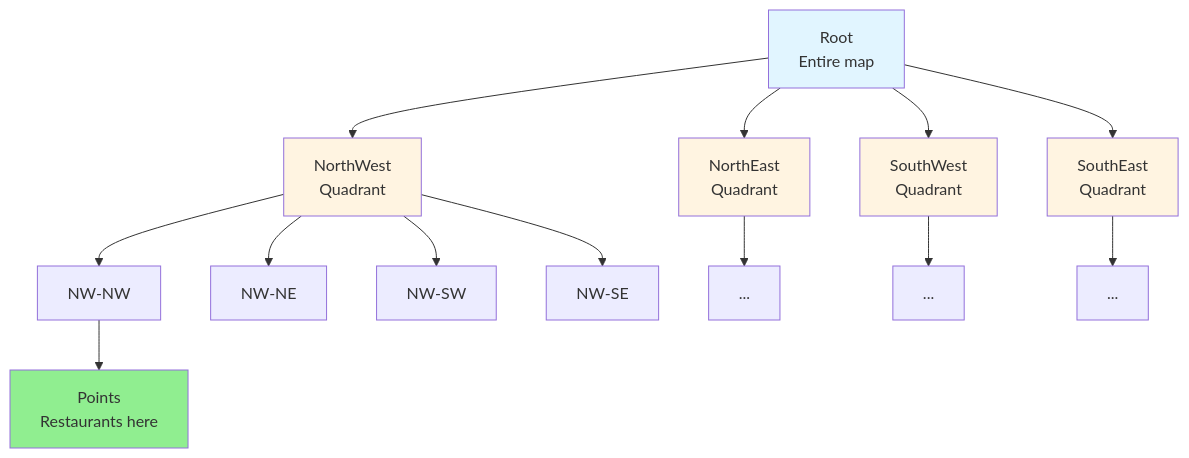
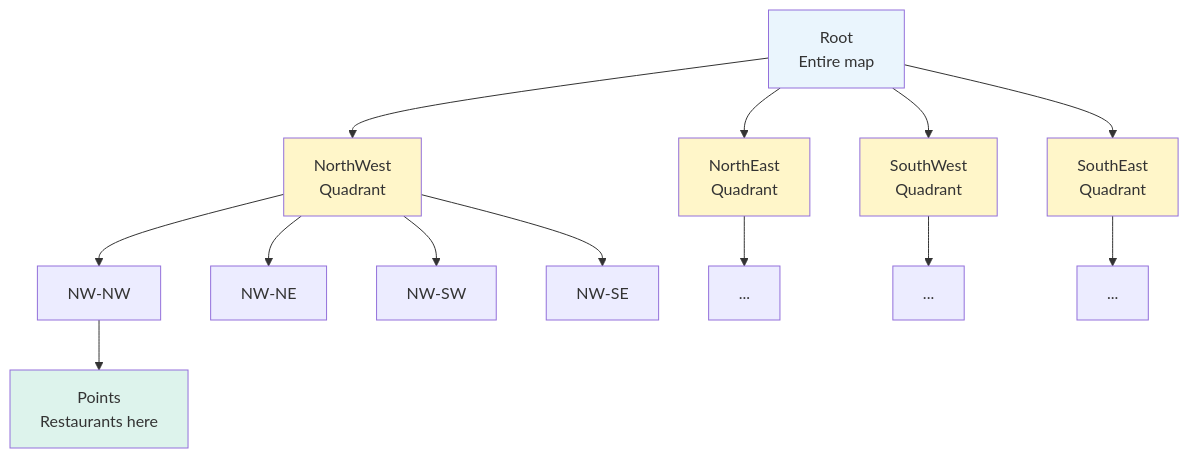
One commit to cartmancodes/InterviewVault changed diagram 20 of 34 in LLD/CoreConcepts/DataIndexing.md. Above: the diagram before and after it, drawn with Mermaid. The commit also changed other lines of this file and 679 other files, not shown here.

Commit message:
Unify content diagrams and add accessible visual walkthroughs

````diff
--- a/LLD/CoreConcepts/DataIndexing.md
+++ b/LLD/CoreConcepts/DataIndexing.md
@@ -688,27 +688,27 @@
 ```mermaid
 graph TB
     ROOT[Root<br/>Entire map]
     
     ROOT --> NW[NorthWest<br/>Quadrant]
     ROOT --> NE[NorthEast<br/>Quadrant]
     ROOT --> SW[SouthWest<br/>Quadrant]
     ROOT --> SE[SouthEast<br/>Quadrant]
     
     NW --> NW_NW[NW-NW]
     NW --> NW_NE[NW-NE]
     NW --> NW_SW[NW-SW]
     NW --> NW_SE[NW-SE]
     
     NE --> NE_NODES[...]
     SW --> SW_NODES[...]
     SE --> SE_NODES[...]
     
     NW_NW --> POINTS1[Points<br/>Restaurants here]
     
-    style ROOT fill:#e1f5ff
-    style NW fill:#fff4e1
-    style NE fill:#fff4e1
-    style SW fill:#fff4e1
-    style SE fill:#fff4e1
-    style POINTS1 fill:#90EE90
+    style ROOT fill:#EAF5FD
+    style NW fill:#FFF6C9
+    style NE fill:#FFF6C9
+    style SW fill:#FFF6C9
+    style SE fill:#FFF6C9
+    style POINTS1 fill:#DDF3EC
 ```
````
